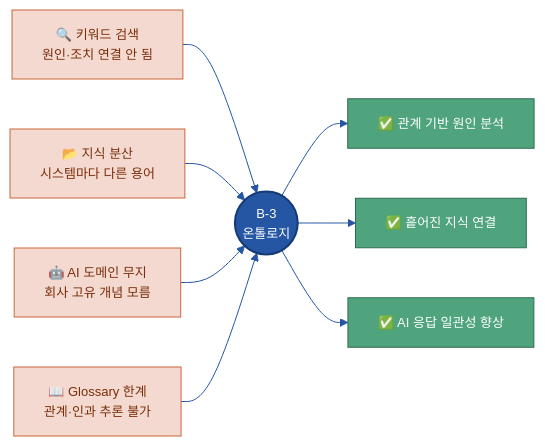
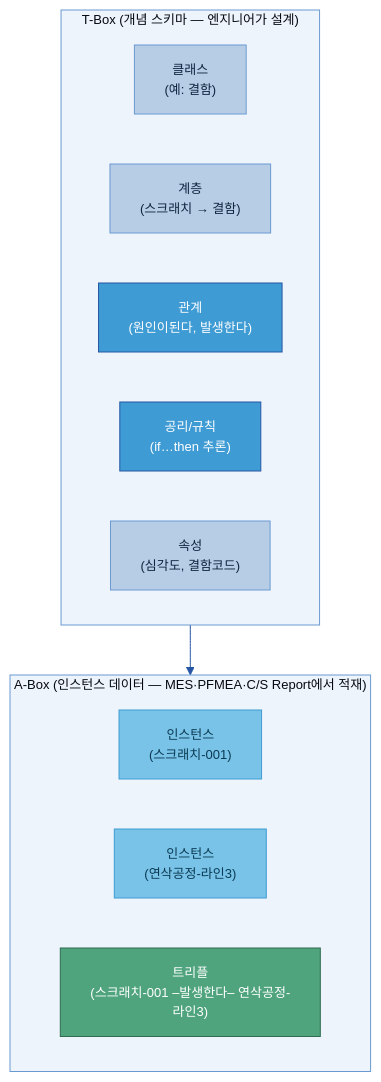
The second of 11 diagrams in 가이드 작성/B-3 온톨로지/B-3 온톨로지.md (jin-kearney/ai-ready-data-manual), drawn with Mermaid before and after one commit. The commit also changed other lines of this file and 2 other files, not shown here.

````diff
--- a/가이드 작성/B-3 온톨로지/B-3 온톨로지.md
+++ b/가이드 작성/B-3 온톨로지/B-3 온톨로지.md
@@ -135,20 +226,21 @@
 ```mermaid
 %%{init: {'theme':'base','themeVariables':{'primaryColor':'#DCE8F5','primaryBorderColor':'#2456A4','primaryTextColor':'#10243f','lineColor':'#2456A4','clusterBkg':'#EEF4FB','clusterBorder':'#6B9AD1','fontSize':'13px'}}}%%
-flowchart LR
-    P1["🔍 키워드 검색<br/>원인·조치 연결 안 됨"]:::pain
-    P2["📂 지식 분산<br/>시스템마다 다른 용어"]:::pain
-    P3["🤖 AI 도메인 무지<br/>회사 고유 개념 모름"]:::pain
-    P4["📖 Glossary 한계<br/>관계·인과 추론 불가"]:::pain
-    T(("B-3\n온톨로지")):::cat
-    P1 --> T
-    P2 --> T
-    P3 --> T
-    P4 --> T
-    T --> R1["✅ 관계 기반 원인 분석"]:::loop
-    T --> R2["✅ 흩어진 지식 연결"]:::loop
-    T --> R3["✅ AI 응답 일관성 향상"]:::loop
-
-    classDef pain fill:#F4D9D0,stroke:#C9663A,color:#7a2e0a;
-    classDef cat fill:#2456A4,color:#fff,stroke:#163a73,stroke-width:2px;
+flowchart TB
+    subgraph TBOX["T-Box (개념 스키마 — 엔지니어가 설계)"]
+        C1["클래스\n(예: 결함)"]:::n
+        C2["계층\n(스크래치 → 결함)"]:::n
+        C3["관계\n(원인이된다, 발생한다)"]:::gate
+        C4["공리/규칙\n(if…then 추론)"]:::gate
+        C5["속성\n(심각도, 결함코드)"]:::n
+    end
+    subgraph ABOX["A-Box (인스턴스 데이터 — MES·PFMEA·C/S Report에서 적재)"]
+        I1["인스턴스\n(스크래치-001)"]:::src
+        I2["인스턴스\n(연삭공정-라인3)"]:::src
+        I3["트리플\n(스크래치-001 –발생한다– 연삭공정-라인3)"]:::loop
+    end
+    TBOX --> ABOX
+    classDef n fill:#B7CDE6,stroke:#6B9AD1,color:#10243f;
+    classDef gate fill:#3F9BD4,stroke:#2456A4,color:#fff;
+    classDef src fill:#79C3E8,stroke:#3F9BD4,color:#0b3a52;
     classDef loop fill:#4FA47D,stroke:#2f6b50,color:#fff;
 ```
````
